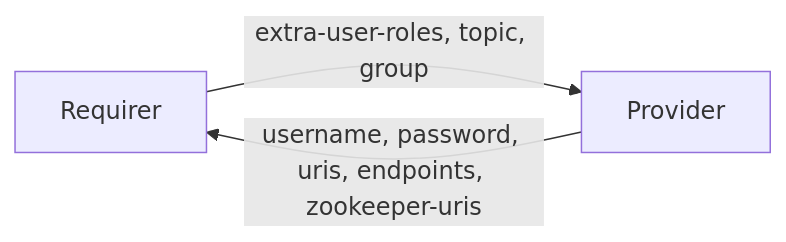
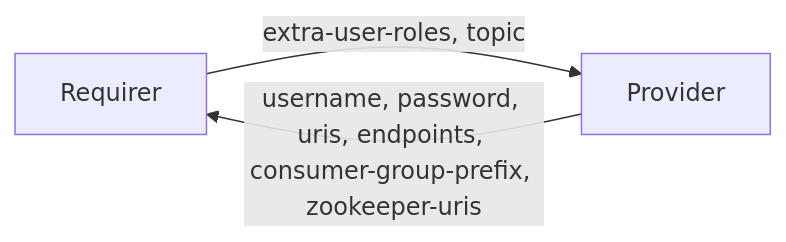
Before and after one commit to canonical/charm-relation-interfaces: the diagram in interfaces/kafka_client/v0/README.md, drawn with Mermaid. The commit also changed other lines of this file and 2 other files, not shown here.

Commit message:
chore: proposal for consumer-group-prefix field

````diff
--- a/interfaces/kafka_client/v0/README.md
+++ b/interfaces/kafka_client/v0/README.md
@@ -13,5 +13,5 @@
 ```mermaid
 flowchart LR
-    Requirer -- extra-user-roles, topic, group --> Provider
-    Provider -- username, password, uris, endpoints, zookeeper-uris --> Requirer
+    Requirer -- extra-user-roles, topic --> Provider
+    Provider -- username, password, uris, endpoints, consumer-group-prefix, zookeeper-uris --> Requirer
 ```
````
